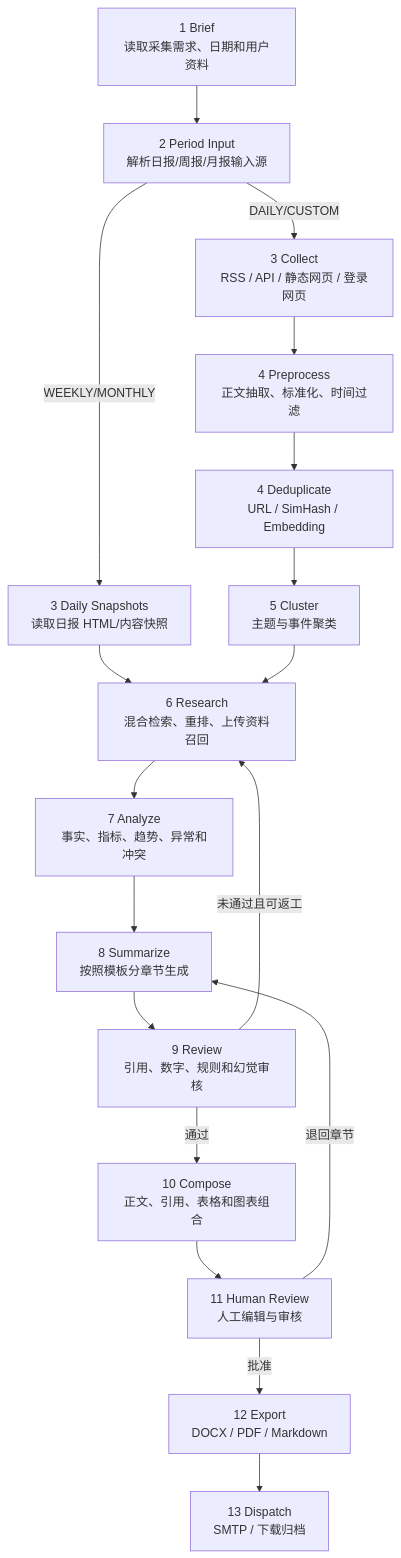
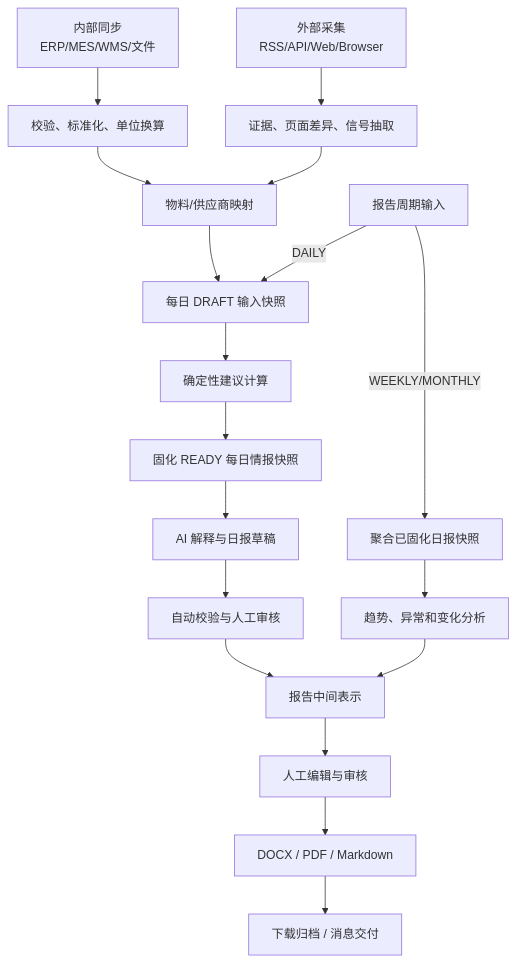
One commit to 1513057431tom-cpu/aipaqu changed the diagram in docs/05-workflow-engine.md. Above: the diagram before and after it, drawn with Mermaid. The commit also changed other lines of this file and 15 other files, not shown here.

````diff
--- a/docs/05-workflow-engine.md
+++ b/docs/05-workflow-engine.md
@@ -18,28 +24,21 @@
 ```mermaid
 flowchart TD
-    B["1 Brief\n读取采集需求、日期和用户资料"]
-    G["2 Period Input\n解析日报/周报/月报输入源"]
-    C["3 Collect\nRSS / API / 静态网页 / 登录网页"]
-    DS["3 Daily Snapshots\n读取日报 HTML/内容快照"]
-    P["4 Preprocess\n正文抽取、标准化、时间过滤"]
-    D["4 Deduplicate\nURL / SimHash / Embedding"]
-    CL["5 Cluster\n主题与事件聚类"]
-    R["6 Research\n混合检索、重排、上传资料召回"]
-    A["7 Analyze\n事实、指标、趋势、异常和冲突"]
-    S["8 Summarize\n按照模板分章节生成"]
-    V["9 Review\n引用、数字、规则和幻觉审核"]
-    CO["10 Compose\n正文、引用、表格和图表组合"]
-    H["11 Human Review\n人工编辑与审核"]
-    E["12 Export\nDOCX / PDF / Markdown"]
-    DI["13 Dispatch\nSMTP / 下载归档"]
+    IS["内部同步\nERP/MES/WMS/文件"] --> IN["校验、标准化、单位换算"]
+    EC["外部采集\nRSS/API/Web/Browser"] --> EV["证据、页面差异、信号抽取"]
+    IN --> MAP["物料/供应商映射"]
+    EV --> MAP
+    MAP --> DAY["每日 DRAFT 输入快照"]
+    DAY --> CALC["确定性建议计算"]
+    CALC --> FINAL["固化 READY 每日情报快照"]
+    FINAL --> EXPLAIN["AI 解释与日报草稿"]
+    EXPLAIN --> REVIEW["自动校验与人工审核"]
 
-    B --> G
-    G -->|DAILY/CUSTOM| C --> P
-    G -->|WEEKLY/MONTHLY| DS --> R
-    P --> D --> CL --> R --> A --> S --> V
-    V -->|通过| CO
-    V -->|未通过且可返工| R
-    CO --> H
-    H -->|批准| E --> DI
-    H -->|退回章节| S
+    PERIOD["报告周期输入"] -->|DAILY| DAY
+    PERIOD -->|WEEKLY/MONTHLY| AGG["聚合已固化日报快照"]
+    AGG --> ANALYZE["趋势、异常和变化分析"]
+    REVIEW --> COMPOSE["报告中间表示"]
+    ANALYZE --> COMPOSE
+    COMPOSE --> HUMAN["人工编辑与审核"]
+    HUMAN --> EXPORT["DOCX / PDF / Markdown"]
+    EXPORT --> DISPATCH["下载归档 / 消息交付"]
 ```
````
